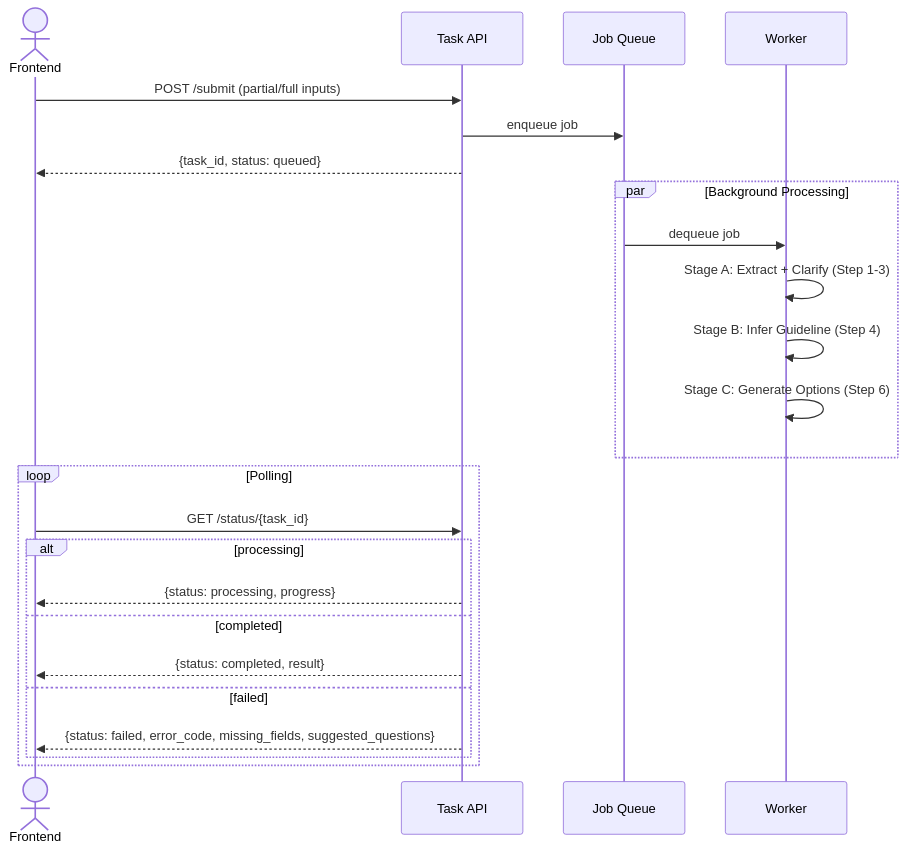
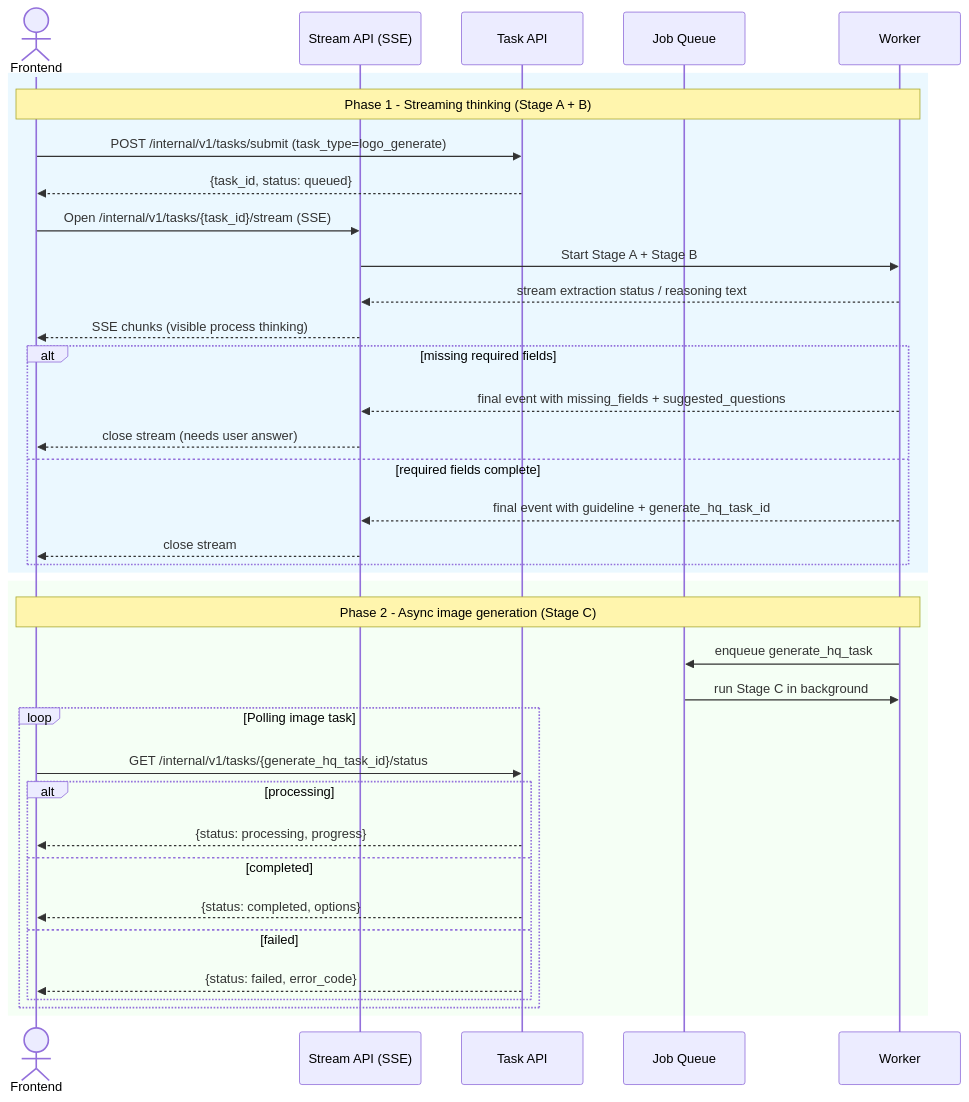
The third of 6 diagrams in architecture.md (Ne4nf/Agent-Memory), drawn with Mermaid before and after one commit. The commit also changed other lines of this file, not shown here.

````diff
--- a/architecture.md
+++ b/architecture.md
@@ -202,29 +202,41 @@
 ```mermaid
 sequenceDiagram
   actor FE as Frontend
+  participant S as Stream API (SSE)
   participant API as Task API
-  participant QUEUE as Job Queue
+  participant Q as Job Queue
   participant WORKER as Worker
 
-  FE->>API: POST /submit (partial/full inputs)
-  API->>QUEUE: enqueue job
-  API-->>FE: {task_id, status: queued}
-    
-  par Background Processing
-    QUEUE->>WORKER: dequeue job
-    WORKER->>WORKER: Stage A: Extract + Clarify (Step 1-3)
-    WORKER->>WORKER: Stage B: Infer Guideline (Step 4)
-    WORKER->>WORKER: Stage C: Generate Options (Step 6)
+  rect rgb(235, 248, 255)
+    Note over FE,WORKER: Phase 1 - Streaming thinking (Stage A + B)
+    FE->>API: POST /internal/v1/tasks/submit (task_type=logo_generate)
+    API-->>FE: {task_id, status: queued}
+    FE->>S: Open /internal/v1/tasks/{task_id}/stream (SSE)
+    S->>WORKER: Start Stage A + Stage B
+    WORKER-->>S: stream extraction status / reasoning text
+    S-->>FE: SSE chunks (visible process thinking)
+    alt missing required fields
+      WORKER-->>S: final event with missing_fields + suggested_questions
+      S-->>FE: close stream (needs user answer)
+    else required fields complete
+      WORKER-->>S: final event with guideline + generate_hq_task_id
+      S-->>FE: close stream
+    end
   end
-    
-  loop Polling
-    FE->>API: GET /status/{task_id}
-    alt processing
-      API-->>FE: {status: processing, progress}
-    else completed
-      API-->>FE: {status: completed, result}
-    else failed
-      API-->>FE: {status: failed, error_code, missing_fields, suggested_questions}
+
+  rect rgb(245, 255, 245)
+    Note over FE,WORKER: Phase 2 - Async image generation (Stage C)
+    WORKER->>Q: enqueue generate_hq_task
+    Q->>WORKER: run Stage C in background
+    loop Polling image task
+      FE->>API: GET /internal/v1/tasks/{generate_hq_task_id}/status
+      alt processing
+        API-->>FE: {status: processing, progress}
+      else completed
+        API-->>FE: {status: completed, options}
+      else failed
+        API-->>FE: {status: failed, error_code}
+      end
     end
   end
 ```
````
